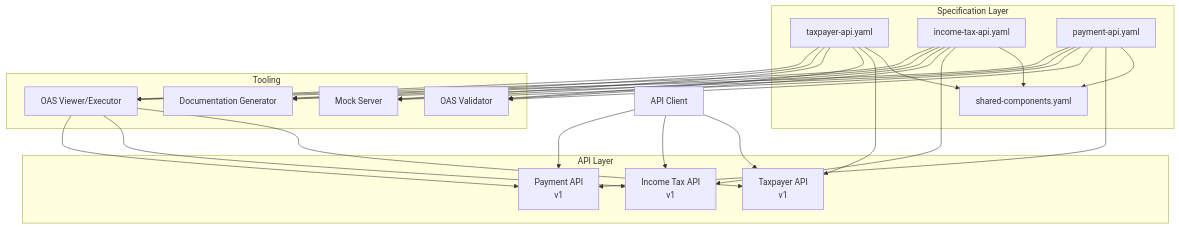
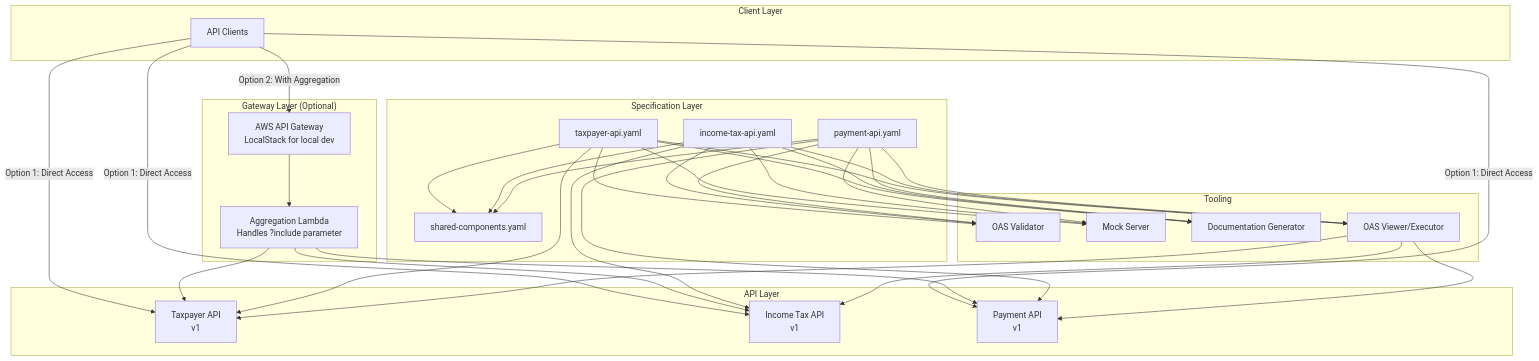
One commit to craigedmunds/domain-apis changed the first of 2 diagrams in .kiro/specs/domain-api-poc/design.md. Above: the diagram before and after it, drawn with Mermaid. The commit also changed other lines of this file and 3 other files, not shown here.

````diff
--- a/.kiro/specs/domain-api-poc/design.md
+++ b/.kiro/specs/domain-api-poc/design.md
@@ -26,54 +26,69 @@
 ```mermaid
 graph TB
+    subgraph "Client Layer"
+        CLIENT[API Clients]
+    end
+    
+    subgraph "Gateway Layer (Optional)"
+        APIGW[AWS API Gateway<br/>LocalStack for local dev]
+        AGG_LAMBDA[Aggregation Lambda<br/>Handles ?include parameter]
+    end
+    
     subgraph "API Layer"
         TP[Taxpayer API<br/>v1]
         IT[Income Tax API<br/>v1]
         PM[Payment API<br/>v1]
     end
     
     subgraph "Specification Layer"
         TP_OAS[taxpayer-api.yaml]
         IT_OAS[income-tax-api.yaml]
         PM_OAS[payment-api.yaml]
         SHARED[shared-components.yaml]
     end
     
     subgraph "Tooling"
         VALIDATOR[OAS Validator]
         MOCK[Mock Server]
         DOCS[Documentation Generator]
         VIEWER[OAS Viewer/Executor]
     end
+    
+    CLIENT -->|Option 1: Direct Access| TP
+    CLIENT -->|Option 1: Direct Access| IT
+    CLIENT -->|Option 1: Direct Access| PM
+    CLIENT -->|Option 2: With Aggregation| APIGW
+    
+    APIGW --> AGG_LAMBDA
+    AGG_LAMBDA --> TP
+    AGG_LAMBDA --> IT
+    AGG_LAMBDA --> PM
     
     TP_OAS --> SHARED
     IT_OAS --> SHARED
     PM_OAS --> SHARED
     
     TP_OAS --> TP
     IT_OAS --> IT
     PM_OAS --> PM
     
     TP_OAS --> VALIDATOR
     IT_OAS --> VALIDATOR
     PM_OAS --> VALIDATOR
     
     TP_OAS --> MOCK
     IT_OAS --> MOCK
     PM_OAS --> MOCK
     
     TP_OAS --> DOCS
     IT_OAS --> DOCS
     PM_OAS --> DOCS
     
     TP_OAS --> VIEWER
     IT_OAS --> VIEWER
     PM_OAS --> VIEWER
     
-    CLIENT[API Client] --> TP
-    CLIENT --> IT
-    CLIENT --> PM
-    
     VIEWER --> TP
     VIEWER --> IT
     VIEWER --> PM
 ```
````
